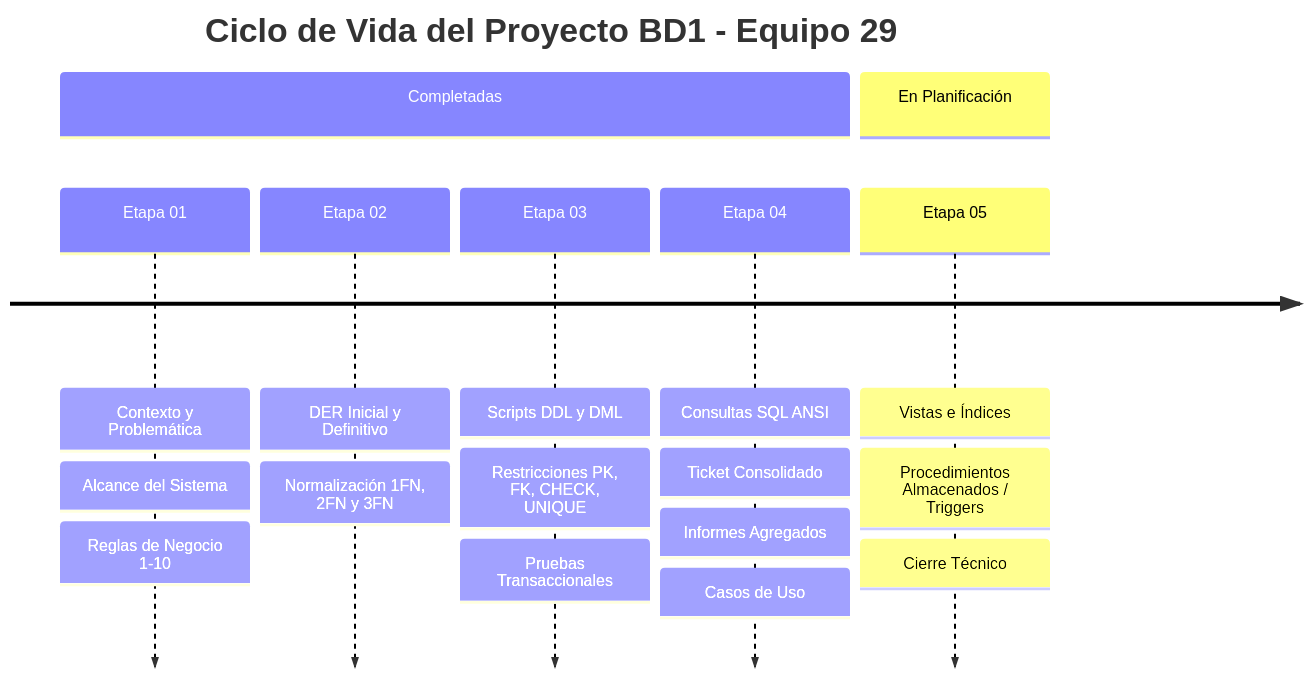
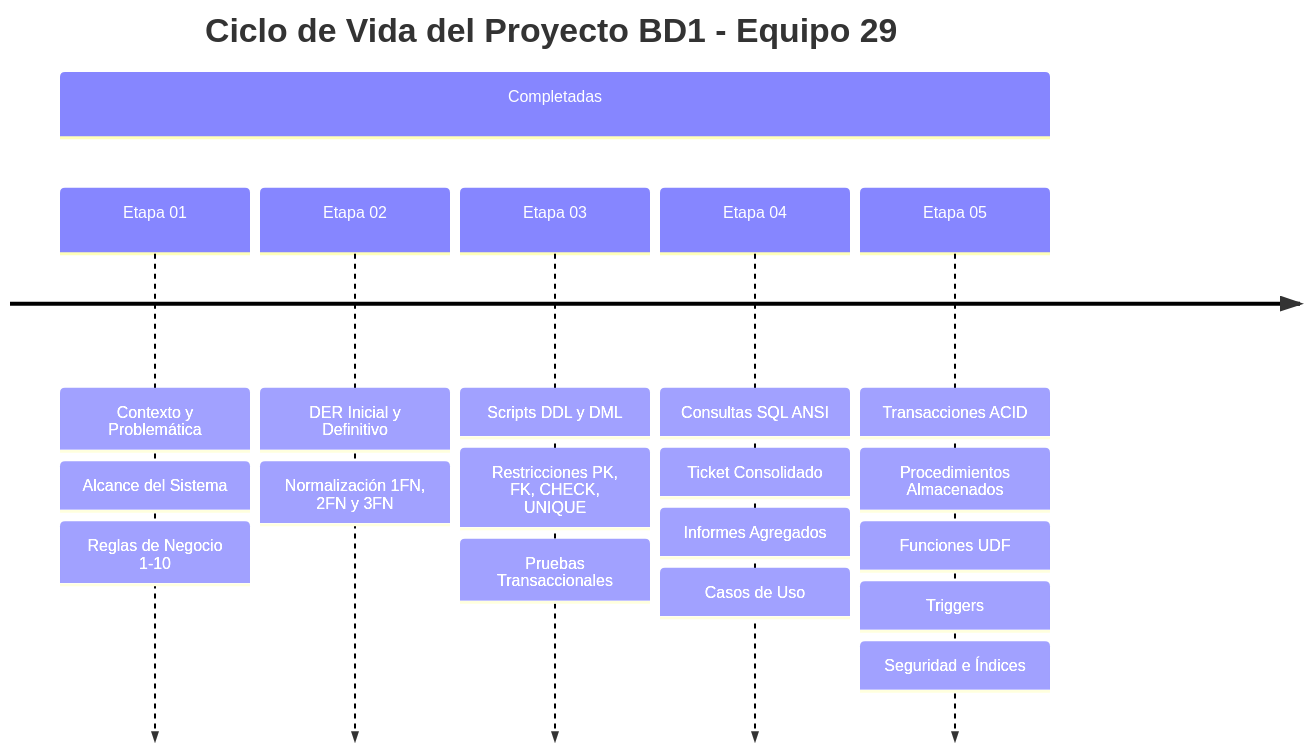
One commit to sofinazaret6-gif/proyecto-bd1-equipo-29 changed the first of 3 diagrams in README.md. Above: the diagram before and after it, drawn with Mermaid. The commit also changed other lines of this file and 7 other files, not shown here.

Commit message:
Etapa V: encabezados de autoría y fundamentos en funciones, integrantes en plan de trabajo, README con Etapa V y diagrama 3FN actualizado

````diff
--- a/README.md
+++ b/README.md
@@ -148,11 +153,10 @@
 ```mermaid
 timeline
     title Ciclo de Vida del Proyecto BD1 - Equipo 29
     section Completadas
         Etapa 01 : Contexto y Problemática : Alcance del Sistema : Reglas de Negocio 1-10
         Etapa 02 : DER Inicial y Definitivo : Normalización 1FN, 2FN y 3FN
         Etapa 03 : Scripts DDL y DML : Restricciones PK, FK, CHECK, UNIQUE : Pruebas Transaccionales
         Etapa 04 : Consultas SQL ANSI : Ticket Consolidado : Informes Agregados : Casos de Uso
-    section En Planificación
-        Etapa 05 : Vistas e Índices : Procedimientos Almacenados / Triggers : Cierre Técnico
+        Etapa 05 : Transacciones ACID : Procedimientos Almacenados : Funciones UDF : Triggers : Seguridad e Índices
 ```
````
